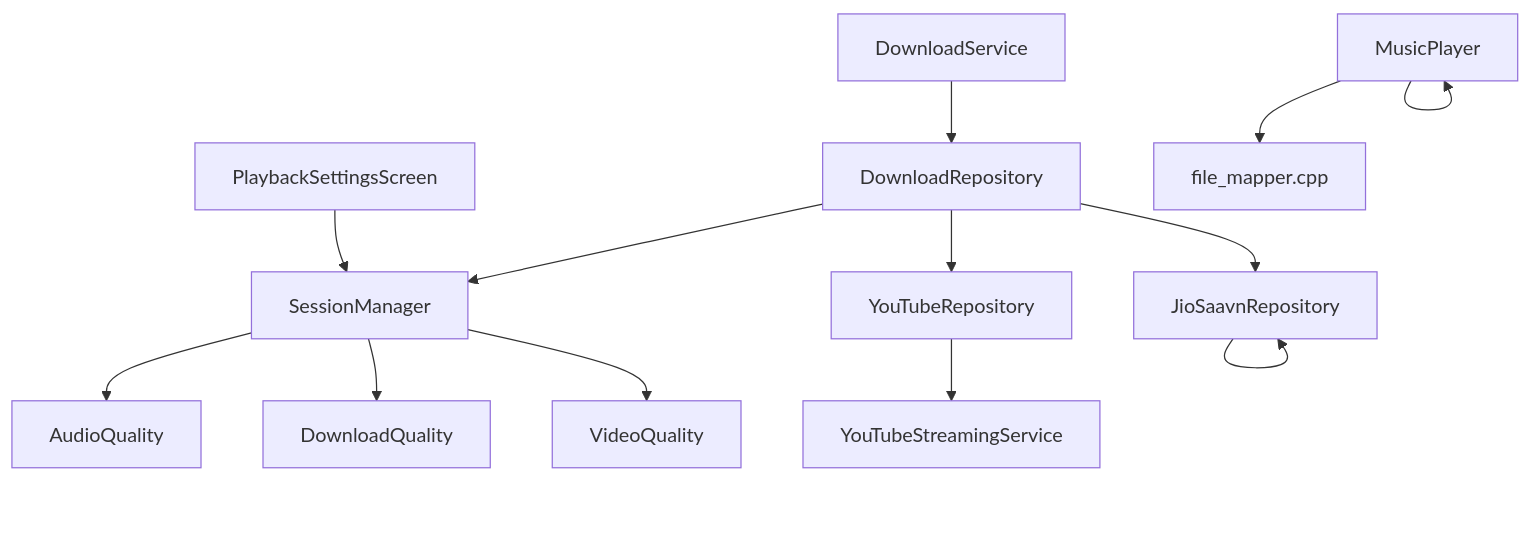
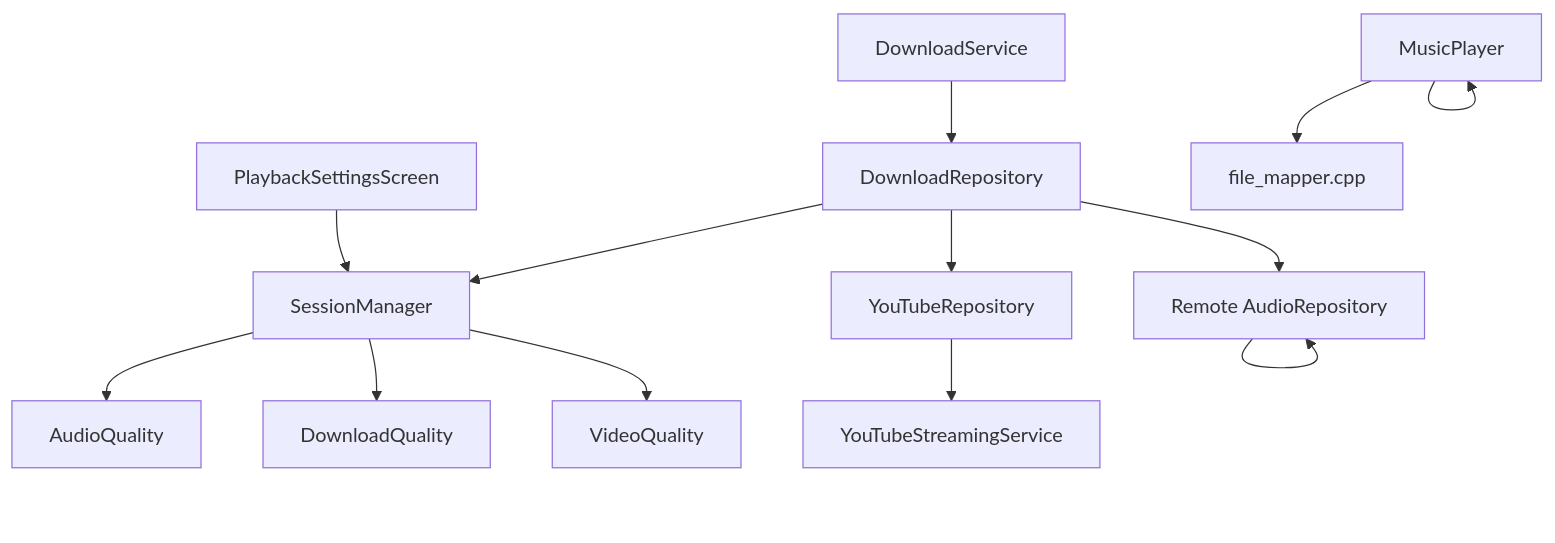
Before and after one commit to suvojeet-sengupta/SuvMusic: the tenth of 10 diagrams in docs/Download Management/Download Quality and Format.md, drawn with Mermaid. The commit also changed other lines of this file and 32 other files, not shown here.

````diff
--- a/docs/Download Management/Download Quality and Format.md
+++ b/docs/Download Management/Download Quality and Format.md
@@ -408,15 +408,15 @@
 ```mermaid
 graph TB
 PS["PlaybackSettingsScreen"] --> SM["SessionManager"]
 SM --> AQ["AudioQuality"]
 SM --> DQ["DownloadQuality"]
 SM --> VQ["VideoQuality"]
 YTRepo["YouTubeRepository"] --> YTSvc["YouTubeStreamingService"]
-JSRepo["JioSaavnRepository"] --> JSRepo
+JSRepo["Remote AudioRepository"] --> JSRepo
 DR["DownloadRepository"] --> YTRepo
 DR --> JSRepo
 DR --> SM
 DS["DownloadService"] --> DR
 MP["MusicPlayer"] --> MP
 MP --> FM["file_mapper.cpp"]
 ```
````
